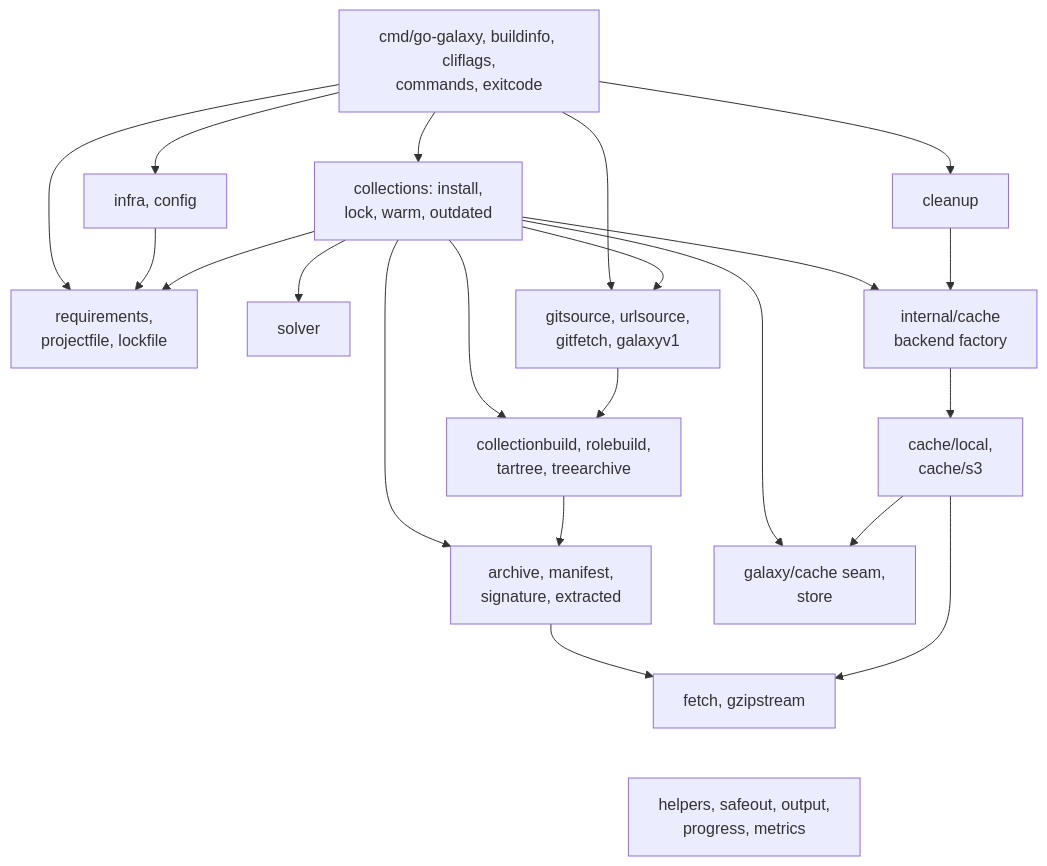
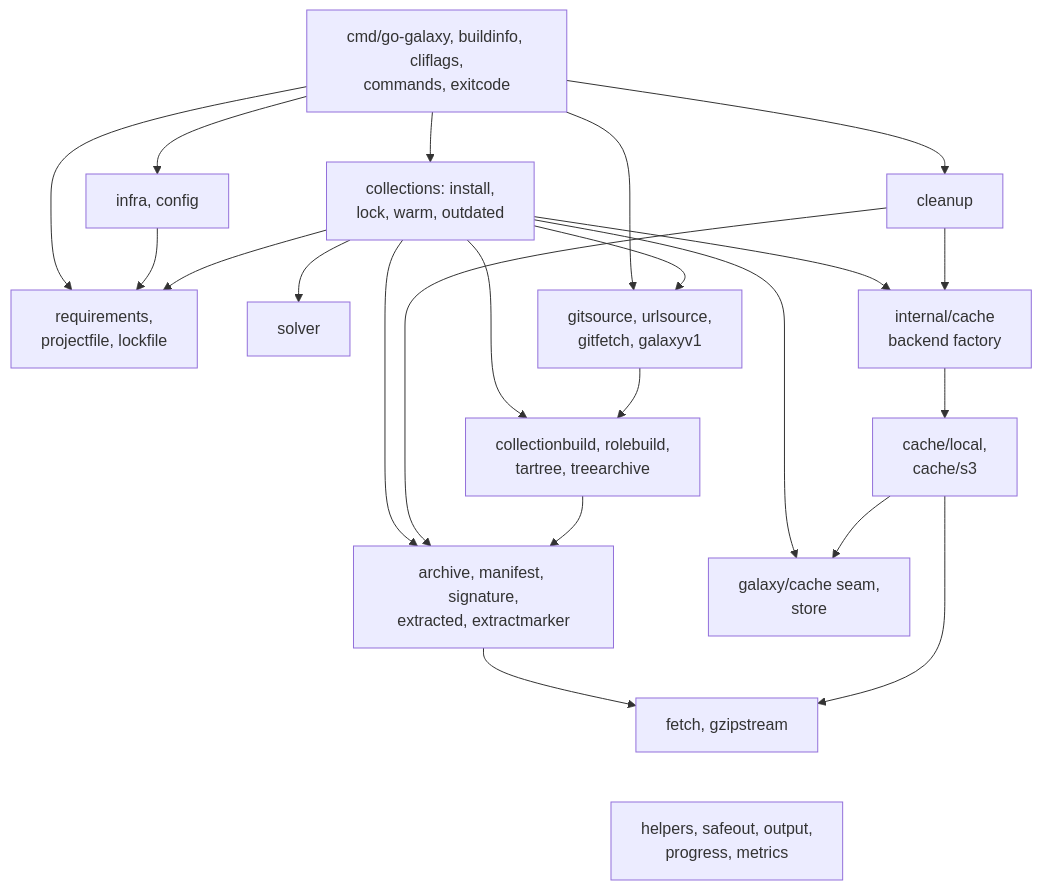
The first of 2 diagrams in docs/internals/index.md (greeddj/go-galaxy), drawn with Mermaid before and after one commit. The commit also changed other lines of this file and 27 other files, not shown here.

````diff
--- a/docs/internals/index.md
+++ b/docs/internals/index.md
@@ -9,38 +9,39 @@
 ```mermaid
 flowchart TD
   CMD["cmd/go-galaxy, buildinfo, cliflags,<br/>commands, exitcode"]
   INFRA["infra, config"]
   COLL["collections: install,<br/>lock, warm, outdated"]
   CLEAN["cleanup"]
   INPUT["requirements,<br/>projectfile, lockfile"]
   SOLV["solver"]
   SRC["gitsource, urlsource,<br/>gitfetch, galaxyv1"]
   FACT["internal/cache<br/>backend factory"]
   BUILD["collectionbuild, rolebuild,<br/>tartree, treearchive"]
-  VERIFY["archive, manifest,<br/>signature, extracted"]
+  VERIFY["archive, manifest, signature,<br/>extracted, extractmarker"]
   IMPL["cache/local,<br/>cache/s3"]
   SEAM["galaxy/cache seam,<br/>store"]
   IO["fetch, gzipstream"]
   LEAF["helpers, safeout, output,<br/>progress, metrics"]
   CMD --> INFRA
   CMD --> COLL
   CMD --> INPUT
   CMD --> SRC
   CMD --> CLEAN
   INFRA --> INPUT
   COLL --> INPUT
   COLL --> SOLV
   COLL --> SRC
   COLL --> BUILD
   COLL --> VERIFY
   COLL --> FACT
   COLL --> SEAM
   CLEAN --> FACT
+  CLEAN --> VERIFY
   SRC --> BUILD
   BUILD --> VERIFY
   FACT --> IMPL
   VERIFY --> IO
   IMPL --> SEAM
   IMPL --> IO
   IO ~~~ LEAF
 ```
````
